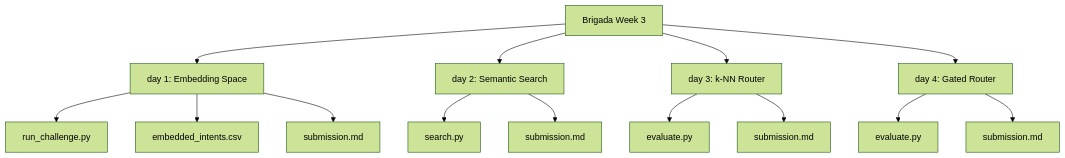
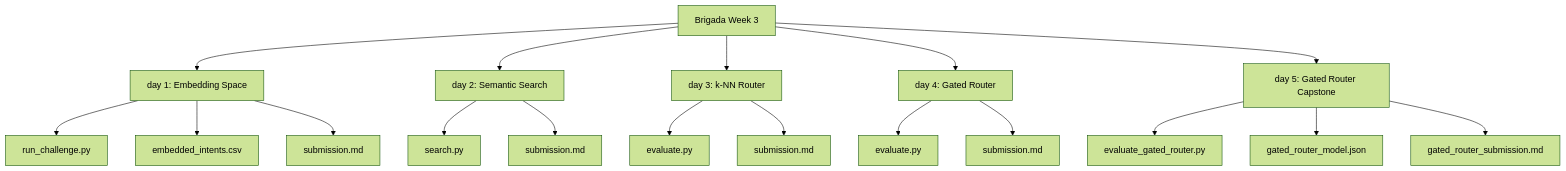
Before and after one commit to EgiEm/semantic-search-knn-gated-router: the diagram in README.md, drawn with Mermaid (forest theme). The commit also changed other lines of this file, not shown here.

Commit message:
docs: update README with Day 5 Gated Router Capstone structure and insights

````diff
--- a/README.md
+++ b/README.md
@@ -9,20 +9,25 @@
 ```mermaid
 graph TD
     Root[Brigada Week 3] --> Day1[day 1: Embedding Space]
     Root --> Day2[day 2: Semantic Search]
     Root --> Day3[day 3: k-NN Router]
     Root --> Day4[day 4: Gated Router]
+    Root --> Day5[day 5: Gated Router Capstone]
     
     Day1 --> Day1_Script[run_challenge.py]
     Day1 --> Day1_CSV[embedded_intents.csv]
     Day1 --> Day1_Sub[submission.md]
     
     Day2 --> Day2_Script[search.py]
     Day2 --> Day2_Sub[submission.md]
     
     Day3 --> Day3_Script[evaluate.py]
     Day3 --> Day3_Sub[submission.md]
     
     Day4 --> Day4_Script[evaluate.py]
     Day4 --> Day4_Sub[submission.md]
+    
+    Day5 --> Day5_Script[evaluate_gated_router.py]
+    Day5 --> Day5_JSON[gated_router_model.json]
+    Day5 --> Day5_Sub[gated_router_submission.md]
 ```
````
